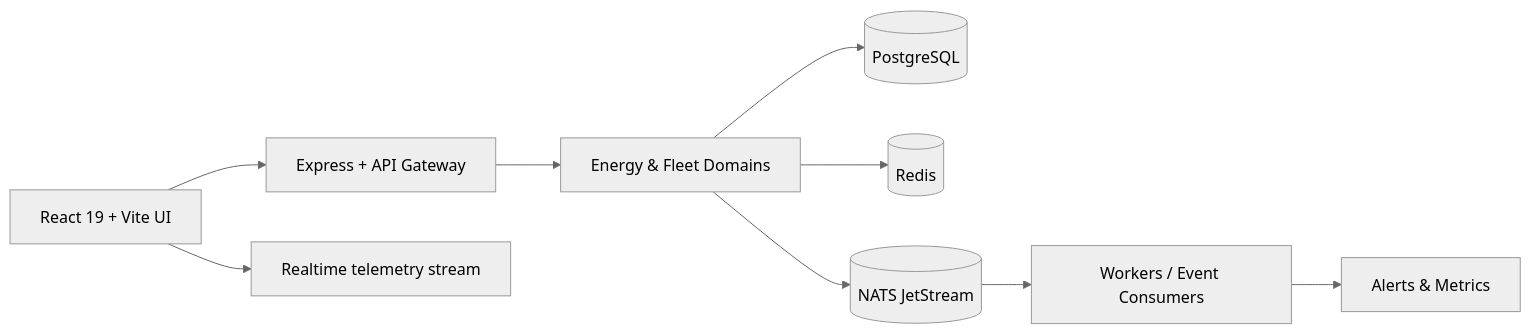
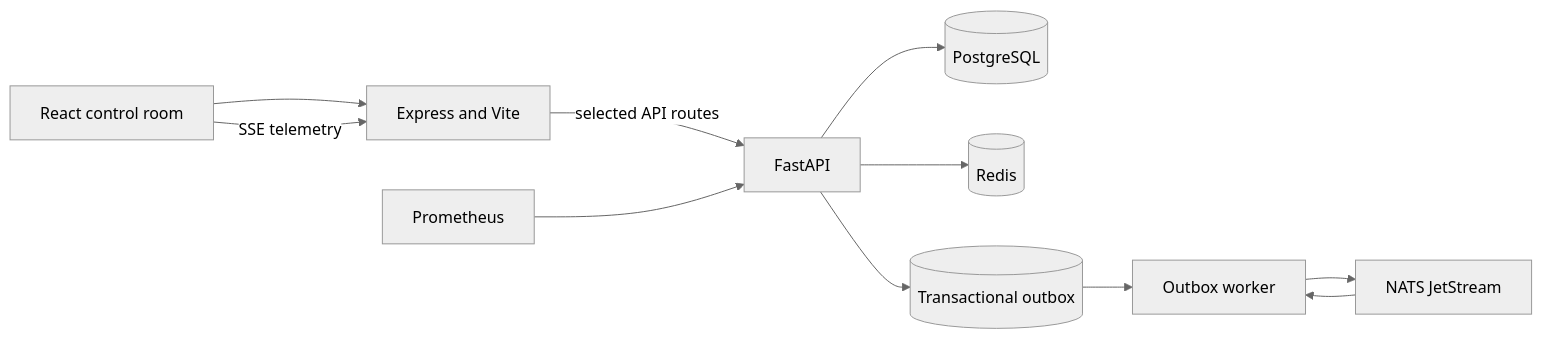
One commit to UtRaj/SolarOps changed the diagram in README.md. Above: the diagram before and after it, drawn with Mermaid (neutral theme). The commit also changed other lines of this file and 202 other files, not shown here.

````diff
--- a/README.md
+++ b/README.md
@@ -24,11 +52,13 @@
 ```mermaid
 flowchart LR
-    UI[React 19 + Vite UI] --> API[Express + API Gateway]
-    API --> DOM[Energy & Fleet Domains]
-    DOM --> DB[(PostgreSQL)]
-    DOM --> CACHE[(Redis)]
-    DOM --> NATS[(NATS JetStream)]
-    NATS --> WORKER[Workers / Event Consumers]
-    WORKER --> ALERTS[Alerts & Metrics]
-    UI --> SSE[Realtime telemetry stream]
+  Browser[React control room] --> Web[Express and Vite]
+  Web -->|selected API routes| API[FastAPI]
+  API --> DB[(PostgreSQL)]
+  API --> Redis[(Redis)]
+  API --> Outbox[(Transactional outbox)]
+  Outbox --> Worker[Outbox worker]
+  Worker --> NATS[NATS JetStream]
+  NATS --> Worker
+  Prometheus[Prometheus] --> API
+  Browser -->|SSE telemetry| Web
 ```
````
